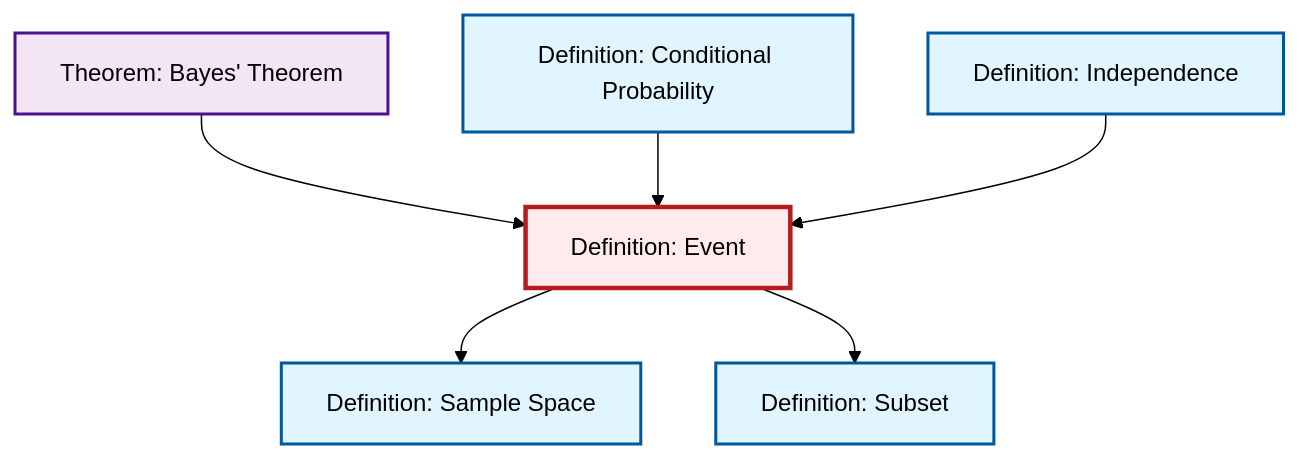
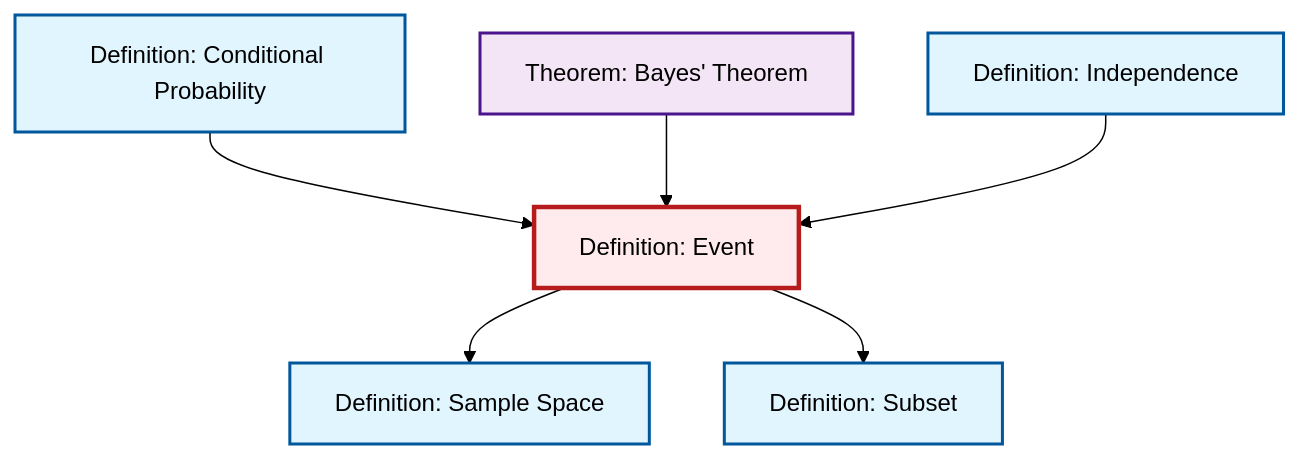
One commit to RK0429/ModernMath changed the diagram in content/ja/probability-statistics/def-event.qmd. Above: the diagram before and after it, drawn with Mermaid (forest theme). The commit also changed other lines of this file and 615 other files, not shown here.

````diff
--- a/content/ja/probability-statistics/def-event.qmd
+++ b/content/ja/probability-statistics/def-event.qmd
@@ -70,26 +70,26 @@
 ```{mermaid}
 %%| fig-cap: "Local dependency graph"
 graph TD
     classDef definition fill:#e1f5fe,stroke:#01579b,stroke-width:2px
     classDef theorem fill:#f3e5f5,stroke:#4a148c,stroke-width:2px
     classDef axiom fill:#fff3e0,stroke:#e65100,stroke-width:2px
     classDef example fill:#e8f5e9,stroke:#1b5e20,stroke-width:2px
     classDef current fill:#ffebee,stroke:#b71c1c,stroke-width:3px
+    def-independence["Definition: Independence"]:::definition
+    def-event["Definition: Event"]:::definition
     def-subset["Definition: Subset"]:::definition
+    thm-bayes["Theorem: Bayes' Theorem"]:::theorem
     def-sample-space["Definition: Sample Space"]:::definition
-    def-event["Definition: Event"]:::definition
     def-conditional-probability["Definition: Conditional Probability"]:::definition
-    def-independence["Definition: Independence"]:::definition
-    thm-bayes["Theorem: Bayes' Theorem"]:::theorem
+    def-event --> def-sample-space
+    def-conditional-probability --> def-event
     thm-bayes --> def-event
-    def-conditional-probability --> def-event
+    def-event --> def-subset
     def-independence --> def-event
-    def-event --> def-sample-space
-    def-event --> def-subset
     class def-event current
+    click def-independence "def-independence.html" "Definition: Independenceへ"
     click def-subset "def-subset.html" "Definition: Subsetへ"
+    click thm-bayes "thm-bayes.html" "Theorem: Bayes' Theoremへ"
     click def-sample-space "def-sample-space.html" "Definition: Sample Spaceへ"
     click def-conditional-probability "def-conditional-probability.html" "Definition: Conditional Probabilityへ"
-    click def-independence "def-independence.html" "Definition: Independenceへ"
-    click thm-bayes "thm-bayes.html" "Theorem: Bayes' Theoremへ"
 ```
````
